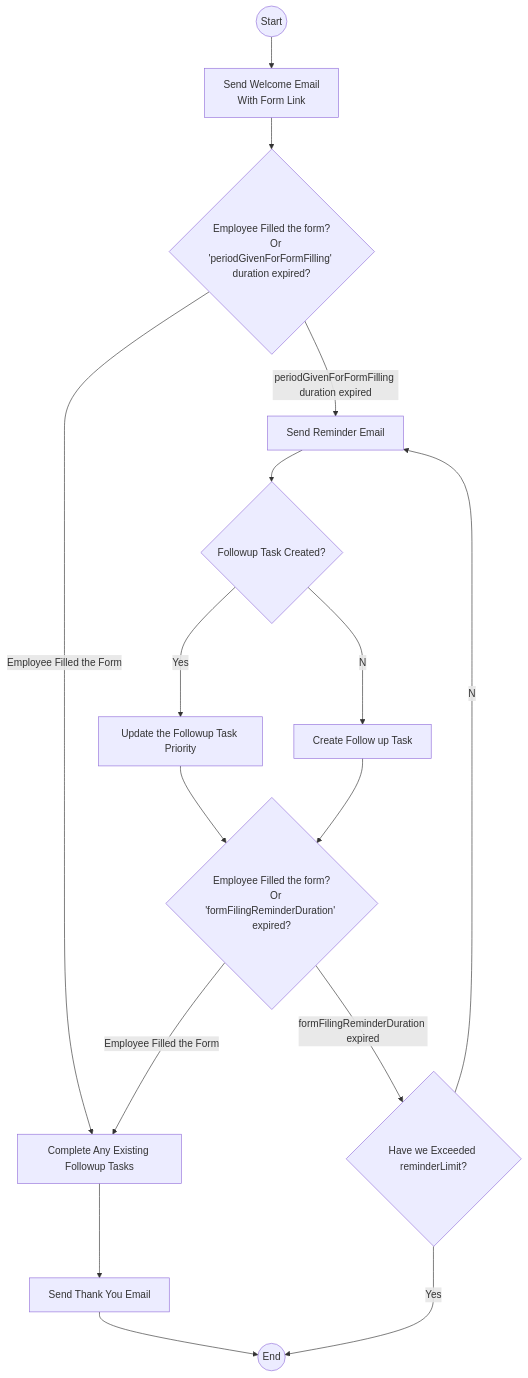
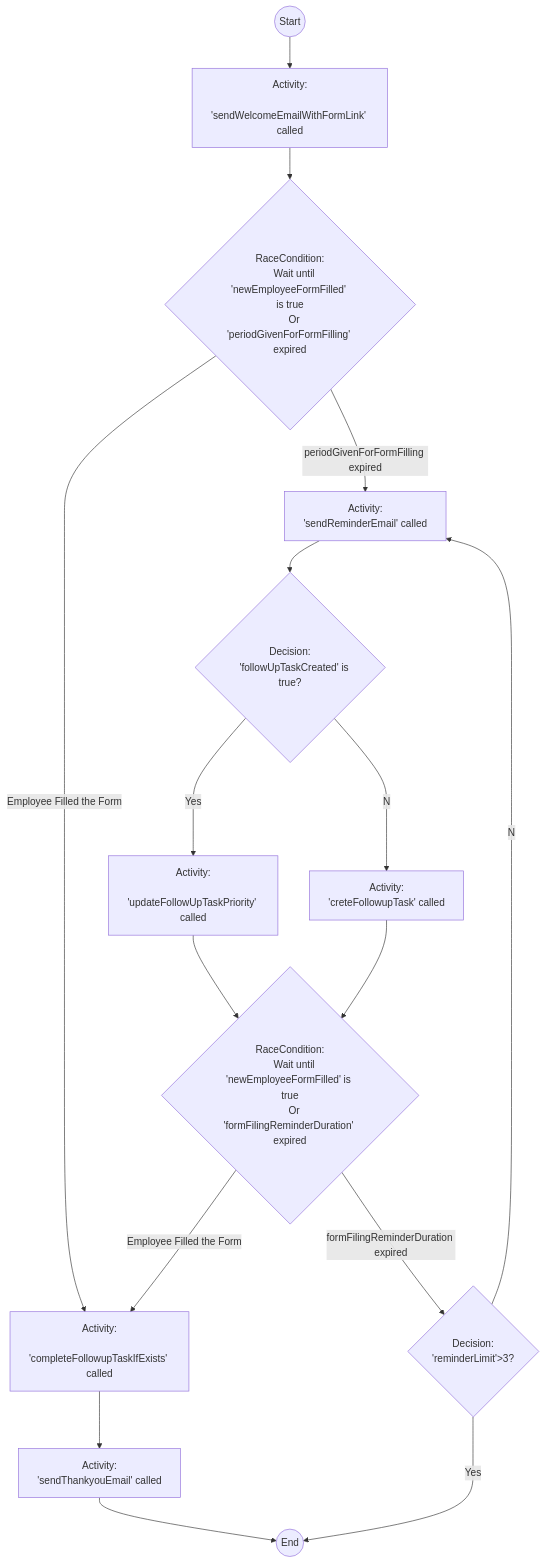
Before and after one commit to bksdrodrigo/temporal-ts-base: the diagram in README.md, drawn with Mermaid.

Commit message:
updated the workflow

````diff
--- a/README.md
+++ b/README.md
@@ -143,20 +143,29 @@
 ```mermaid
 graph TD
-    A((Start)) --> B["Send Welcome Email 
-    With Form Link"]
-    B-->C{"Employee Filled the form?
-    Or 'periodGivenForFormFilling' duration expired?"}
-    C--Employee Filled the Form-->E["Complete Any Existing Followup Tasks"]
-    E-->F["Send Thank You Email"]
+    A((Start)) --> B["Activity:
+    'sendWelcomeEmailWithFormLink' called"]
+    B-->C{"RaceCondition:
+    Wait until 'newEmployeeFormFilled' is true
+    Or 'periodGivenForFormFilling' expired"}
+    C--Employee Filled the Form-->E["Activity:
+    'completeFollowupTaskIfExists' called "]
+    E-->F["Activity:
+    'sendThankyouEmail' called"]
     F-->G((End))
-    C--periodGivenForFormFilling duration expired-->H["Send Reminder Email"]
-    H-->I{"Followup Task Created?"}
-    I--Yes-->J["Update the Followup Task Priority"]
-    I--No-->K["Create Follow up Task"]
-    J & K-->L{"Employee Filled the form?
-    Or 'formFilingReminderDuration' expired?"}
+    C--periodGivenForFormFilling expired-->H["Activity:
+    'sendReminderEmail' called"]
+    H-->I{"Decision:
+    'followUpTaskCreated' is true?"}
+    I--Yes-->J["Activity:
+    'updateFollowUpTaskPriority' called"]
+    I--No-->K["Activity:
+    'creteFollowupTask' called"]
+    J & K-->L{"RaceCondition:
+    Wait until 'newEmployeeFormFilled' is true
+    Or 'formFilingReminderDuration' expired"}
     L--Employee Filled the Form-->E
-    L--formFilingReminderDuration expired-->M{"Have we Exceeded reminderLimit?"}
+    L--formFilingReminderDuration expired-->M{"Decision:
+    'reminderLimit'>3?"}
     M--No-->H
     M--Yes-->G
 ```
````
